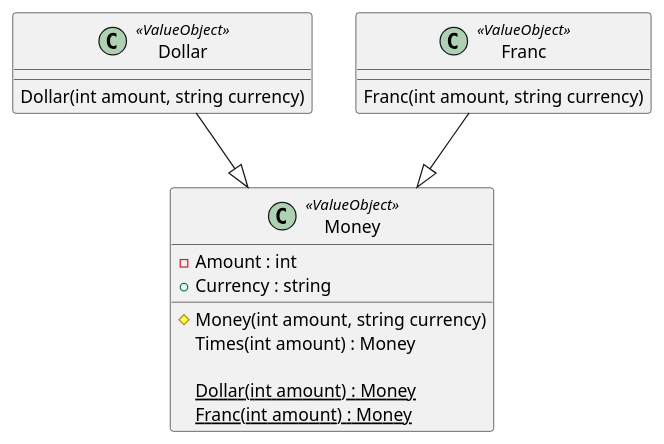
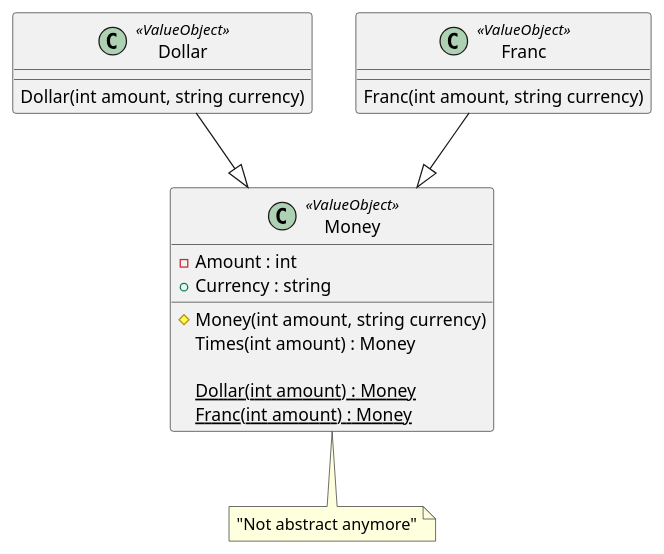
One commit to RicardoGuzmanVelasco/KentBeck.TDDByExample changed the diagram in Documentation/Classes.puml. Above: the diagram before and after it, drawn with PlantUML. The commit also changed 1 other file, not shown here.

Commit message:
11 | Money synthesis | Documentation

```diff
--- a/Documentation/Classes.puml
+++ b/Documentation/Classes.puml
@@ -1,24 +1,26 @@
 @startuml
 class Dollar <<ValueObject>>
 {
     Dollar(int amount, string currency)
 }
 
 class Franc <<ValueObject>>
 {
     Franc(int amount, string currency)
 }
 
 class Money <<ValueObject>>
 {
     -Amount : int
     +Currency : string
     #Money(int amount, string currency)
     Times(int amount) : Money
     
     {static} Dollar(int amount) : Money
     {static} Franc(int amount) : Money
 }
+note bottom of Money : "Not abstract anymore"
+
 Dollar --|> Money
 Franc --|> Money
 @enduml
```
